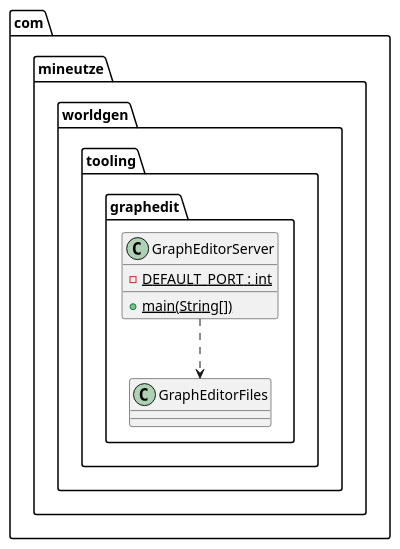
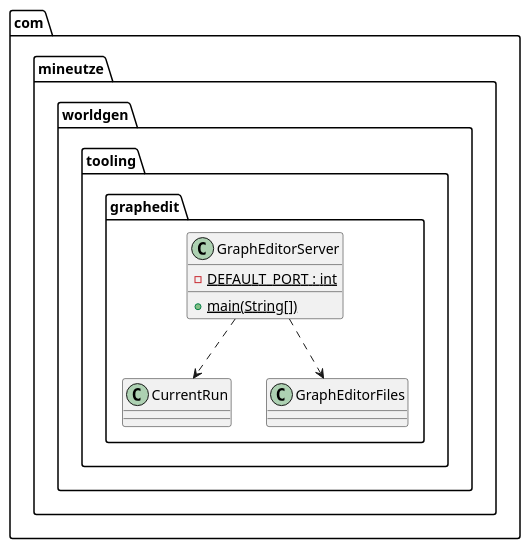
The diagram in companion-mods/mineutze-worldgen/doc/Modelisation/Fragments-Full/com/mineutze/worldgen/tooling/graphedit/GraphEditorServer.puml (Boulede987/Mine-Utz), drawn with PlantUML before and after one commit. The commit also changed 21 other files, not shown here.

Commit message:
docs(worldgen): regenerate class diagrams for live progress

```diff
--- a/companion-mods/mineutze-worldgen/doc/Modelisation/Fragments-Full/com/mineutze/worldgen/tooling/graphedit/GraphEditorServer.puml
+++ b/companion-mods/mineutze-worldgen/doc/Modelisation/Fragments-Full/com/mineutze/worldgen/tooling/graphedit/GraphEditorServer.puml
@@ -1,8 +1,9 @@
 namespace com.mineutze.worldgen.tooling.graphedit {
 class GraphEditorServer {
   - {static} DEFAULT_PORT : int
   + {static} main(String[])
 }
 }
 
+com.mineutze.worldgen.tooling.graphedit.GraphEditorServer ..> com.mineutze.worldgen.tooling.graphedit.CurrentRun
 com.mineutze.worldgen.tooling.graphedit.GraphEditorServer ..> com.mineutze.worldgen.tooling.graphedit.GraphEditorFiles
```
